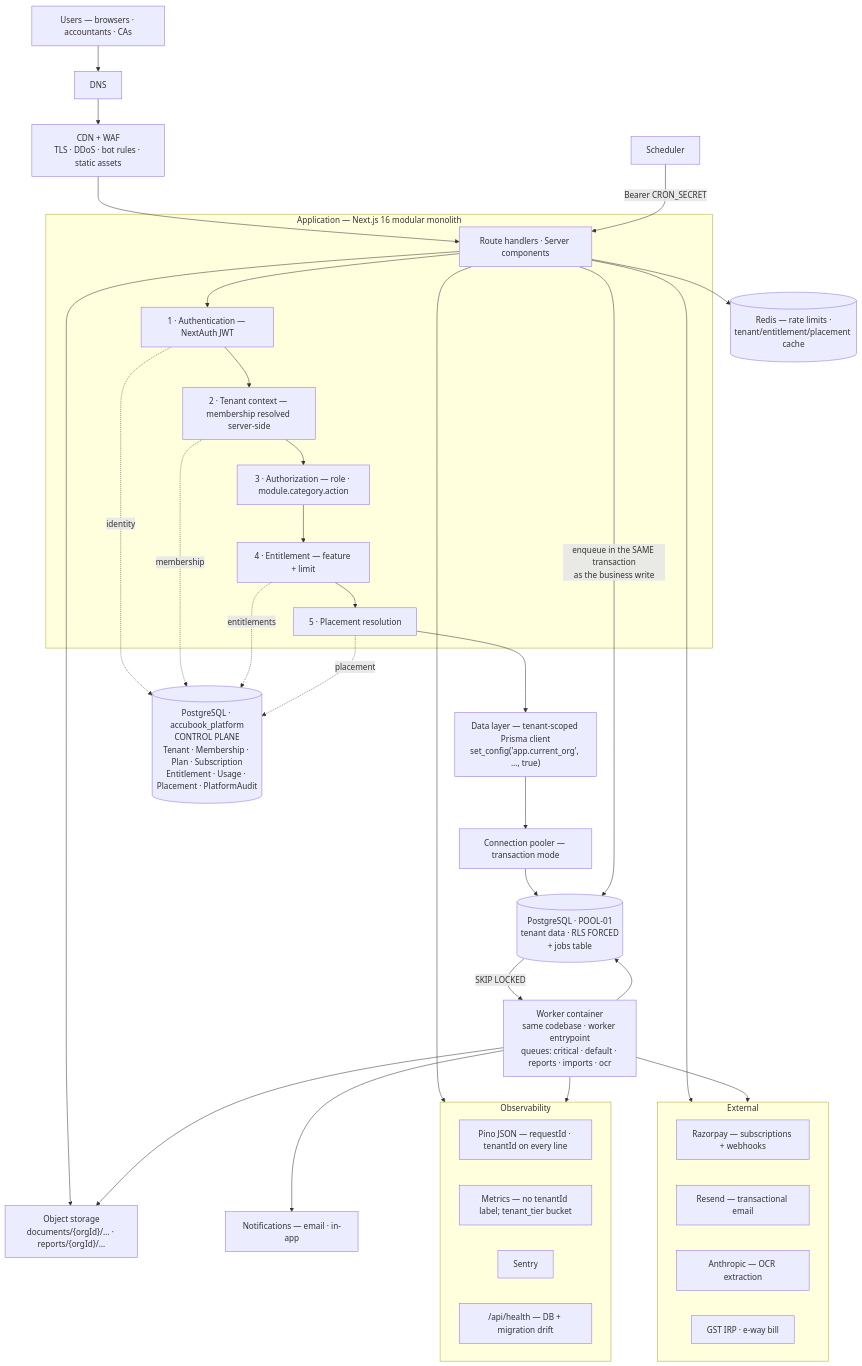
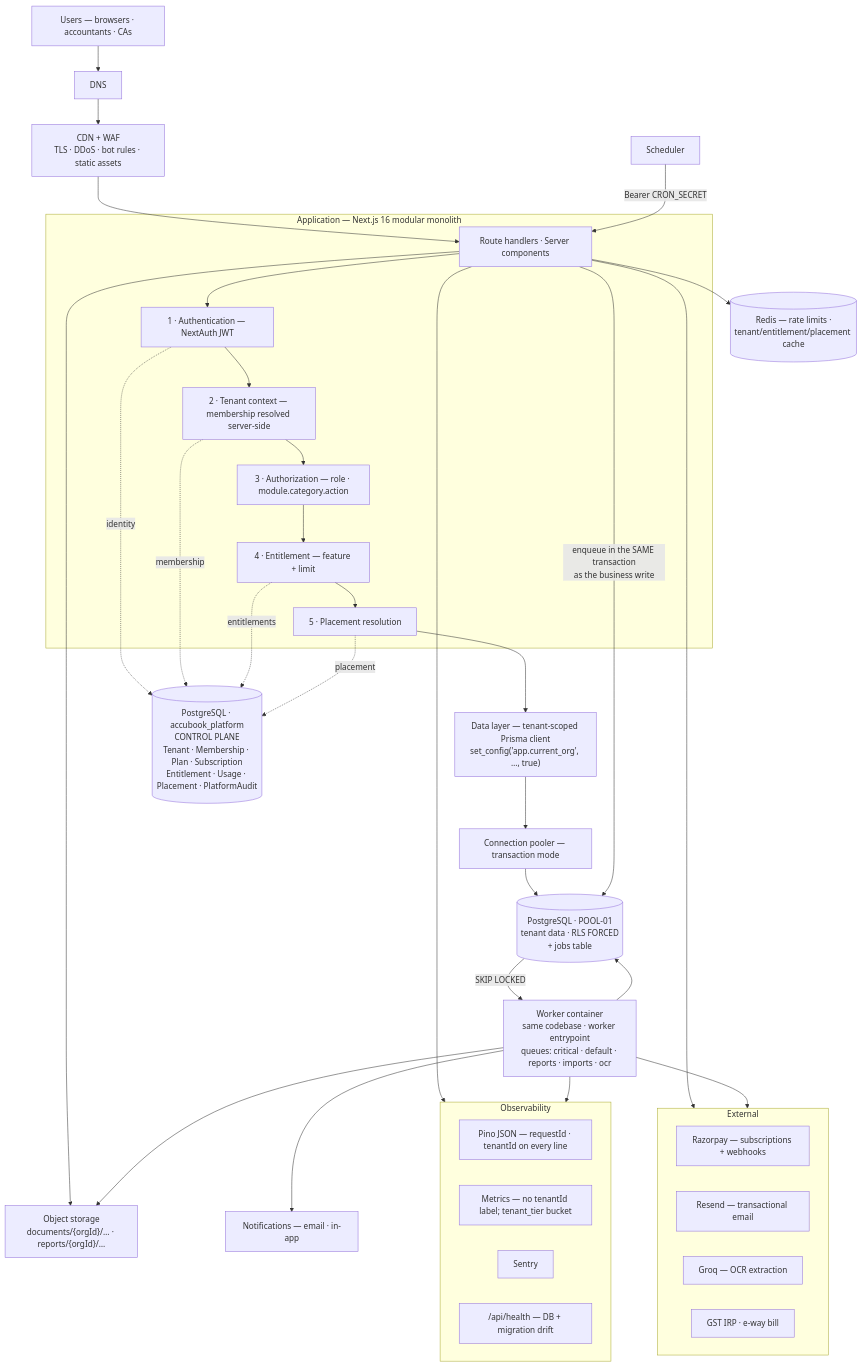
Before and after one commit to Tatu1984/accubook: diagram 35 of 36 in docs/Architecture.md, drawn with Mermaid. The commit also changed other lines of this file and 1 other file, not shown here.

Commit message:
docs: OCR design is added in the documentation

````diff
--- a/docs/Architecture.md
+++ b/docs/Architecture.md
@@ -4111,55 +4111,55 @@
 ```mermaid
 graph TB
     U["Users — browsers · accountants · CAs"]
     U --> DNS[DNS]
     DNS --> CDN["CDN + WAF<br/>TLS · DDoS · bot rules · static assets"]
     CDN --> APP
 
     subgraph APPTIER["Application — Next.js 16 modular monolith"]
         APP["Route handlers · Server components"]
         AUTH["1 · Authentication — NextAuth JWT"]
         TC["2 · Tenant context — membership resolved server-side"]
         AZ["3 · Authorization — role · module.category.action"]
         ENT["4 · Entitlement — feature + limit"]
         PLC["5 · Placement resolution"]
         APP --> AUTH --> TC --> AZ --> ENT --> PLC
     end
 
     PLC --> DL["Data layer — tenant-scoped Prisma client<br/>set_config('app.current_org', …, true)"]
     DL --> POOLER["Connection pooler — transaction mode"]
     POOLER --> TDB[("PostgreSQL · POOL-01<br/>tenant data · RLS FORCED<br/>+ jobs table")]
 
     AUTH -.->|identity| PDB
     TC   -.->|membership| PDB
     ENT  -.->|entitlements| PDB
     PLC  -.->|placement| PDB
     PDB[("PostgreSQL · accubook_platform<br/>CONTROL PLANE<br/>Tenant · Membership · Plan · Subscription<br/>Entitlement · Usage · Placement · PlatformAudit")]
 
     APP --> RDS[("Redis — rate limits ·<br/>tenant/entitlement/placement cache")]
     APP --> OBJ["Object storage<br/>documents/{orgId}/… · reports/{orgId}/…"]
 
     TDB -->|"SKIP LOCKED"| WRK["Worker container<br/>same codebase · worker entrypoint<br/>queues: critical · default · reports · imports · ocr"]
     WRK --> TDB
     WRK --> OBJ
     WRK --> NOTIF["Notifications — email · in-app"]
     SCHED["Scheduler"] -->|"Bearer CRON_SECRET"| APP
     APP -->|"enqueue in the SAME transaction<br/>as the business write"| TDB
 
     APP --> OBS
     WRK --> OBS
     subgraph OBS["Observability"]
         LG["Pino JSON — requestId · tenantId on every line"]
         MT["Metrics — no tenantId label; tenant_tier bucket"]
         SN["Sentry"]
         HL["/api/health — DB + migration drift"]
     end
 
     APP --> EXT
     WRK --> EXT
     subgraph EXT["External"]
         RZ["Razorpay — subscriptions + webhooks"]
         RE["Resend — transactional email"]
-        AI["Anthropic — OCR extraction"]
+        AI["Groq — OCR extraction"]
         GS["GST IRP · e-way bill"]
     end
 ```
````
